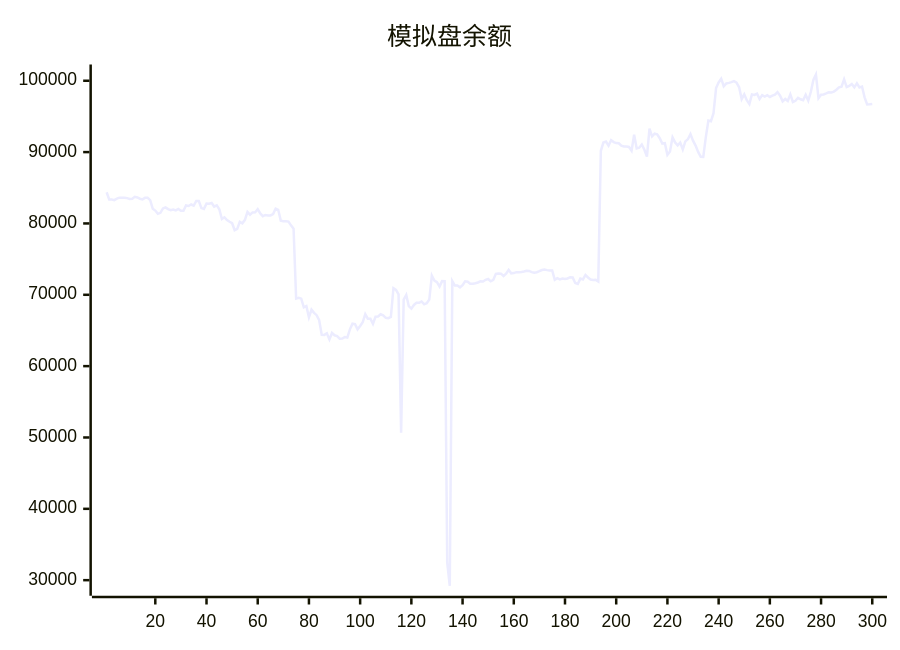
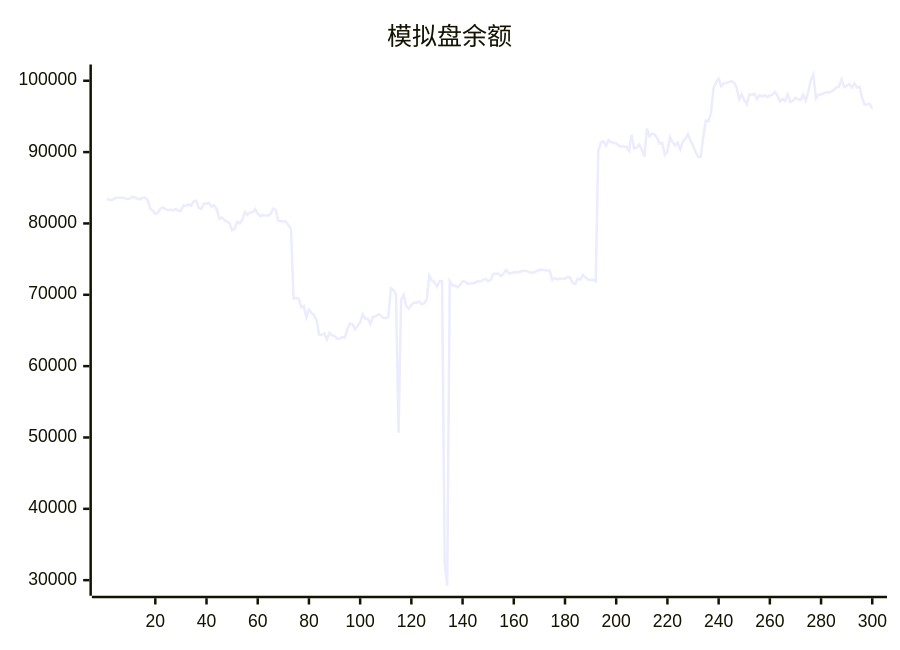
Before and after one commit to aahl/ai-trading: the diagram in README.md, drawn with Mermaid. The commit also changed other lines of this file and 1 other file, not shown here.

````diff
--- a/README.md
+++ b/README.md
@@ -5,5 +5,5 @@
 ```mermaid
 xychart
     title "模拟盘余额"
-    line [84376,83360,83357,83259,83474,83608,83606,83602,83548,83440,83454,83724,83644,83464,83365,83590,83592,83275,82072,81806,81344,81492,82109,82254,82006,81848,81955,81829,82022,81769,81776,82522,82441,82656,82498,83144,83144,82150,82038,82797,82763,82872,82367,82536,81981,80612,80862,80484,80242,80034,79063,79245,80226,80016,80507,81625,81233,81544,81578,82016,81401,81019,81186,81130,81118,81306,82066,81909,80392,80304,80291,80258,79729,79261,69466,69579,69456,68251,68415,66832,67911,67462,67144,66432,64380,64375,64606,63740,64647,64324,64216,63842,63877,64078,64008,65156,65945,65888,65157,65625,66144,67284,66653,66639,65924,66925,66956,67263,67108,66766,66729,66886,70927,70673,70049,50652,69334,69973,68400,68061,68578,68876,68879,69055,68662,68822,69329,72687,71999,71760,71162,71911,71896,32500,29218,71927,71297,71305,71044,71337,71883,71822,71536,71536,71622,71723,71880,71860,72100,72216,71887,72077,72940,72976,72966,72638,72948,73497,73004,73041,73173,73160,73186,73258,73375,73351,73173,73098,73161,73305,73474,73536,73457,73413,73412,72100,72333,72164,72272,72204,72285,72461,72421,71652,71521,72267,72157,72774,72424,72144,72060,72091,71858,90185,91338,91466,90900,91678,91404,91268,91244,90903,90779,90787,90721,90187,92429,90518,90619,91070,90328,89376,93286,92202,92581,92485,91947,91196,91259,89619,90086,92063,91355,90950,91327,90373,91498,91800,92531,91603,90910,90031,89351,89334,92097,94406,94315,95455,98972,99763,100286,99229,99622,99701,99805,99938,99738,99082,97430,98094,97267,96741,98081,98013,98194,97447,97983,97789,97969,97729,97911,98043,98405,97912,97120,97448,97154,98095,97021,97190,97616,97402,97263,98035,97210,98424,100120,100876,97552,98049,98085,98228,98388,98342,98488,98750,99086,99181,100188,99107,99272,99553,99072,99636,99061,99186,97674,96679,96704,96743]
+    line [83360,83357,83259,83474,83608,83606,83602,83548,83440,83454,83724,83644,83464,83365,83590,83592,83275,82072,81806,81344,81492,82109,82254,82006,81848,81955,81829,82022,81769,81776,82522,82441,82656,82498,83144,83144,82150,82038,82797,82763,82872,82367,82536,81981,80612,80862,80484,80242,80034,79063,79245,80226,80016,80507,81625,81233,81544,81578,82016,81401,81019,81186,81130,81118,81306,82066,81909,80392,80304,80291,80258,79729,79261,69466,69579,69456,68251,68415,66832,67911,67462,67144,66432,64380,64375,64606,63740,64647,64324,64216,63842,63877,64078,64008,65156,65945,65888,65157,65625,66144,67284,66653,66639,65924,66925,66956,67263,67108,66766,66729,66886,70927,70673,70049,50652,69334,69973,68400,68061,68578,68876,68879,69055,68662,68822,69329,72687,71999,71760,71162,71911,71896,32500,29218,71927,71297,71305,71044,71337,71883,71822,71536,71536,71622,71723,71880,71860,72100,72216,71887,72077,72940,72976,72966,72638,72948,73497,73004,73041,73173,73160,73186,73258,73375,73351,73173,73098,73161,73305,73474,73536,73457,73413,73412,72100,72333,72164,72272,72204,72285,72461,72421,71652,71521,72267,72157,72774,72424,72144,72060,72091,71858,90185,91338,91466,90900,91678,91404,91268,91244,90903,90779,90787,90721,90187,92429,90518,90619,91070,90328,89376,93286,92202,92581,92485,91947,91196,91259,89619,90086,92063,91355,90950,91327,90373,91498,91800,92531,91603,90910,90031,89351,89334,92097,94406,94315,95455,98972,99763,100286,99229,99622,99701,99805,99938,99738,99082,97430,98094,97267,96741,98081,98013,98194,97447,97983,97789,97969,97729,97911,98043,98405,97912,97120,97448,97154,98095,97021,97190,97616,97402,97263,98035,97210,98424,100120,100876,97552,98049,98085,98228,98388,98342,98488,98750,99086,99181,100188,99107,99272,99553,99072,99636,99061,99186,97674,96679,96704,96743,96096]
 ```
````
